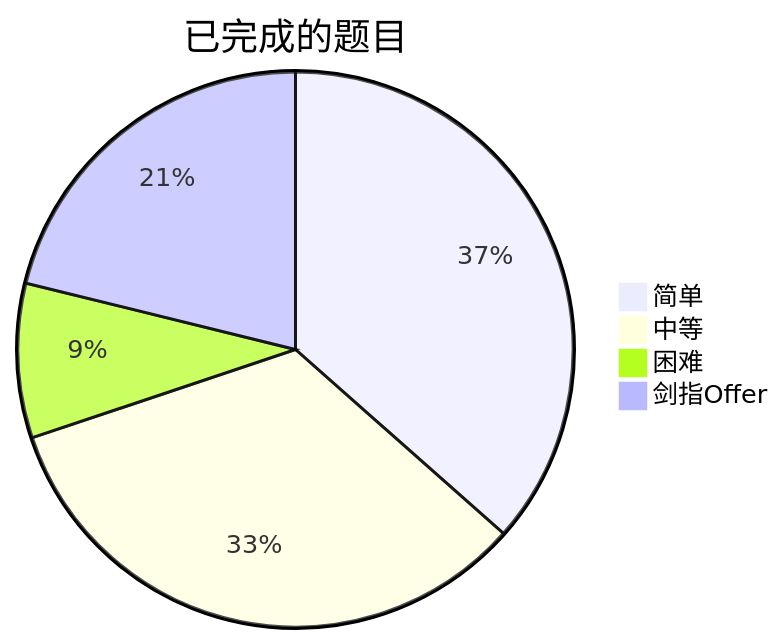
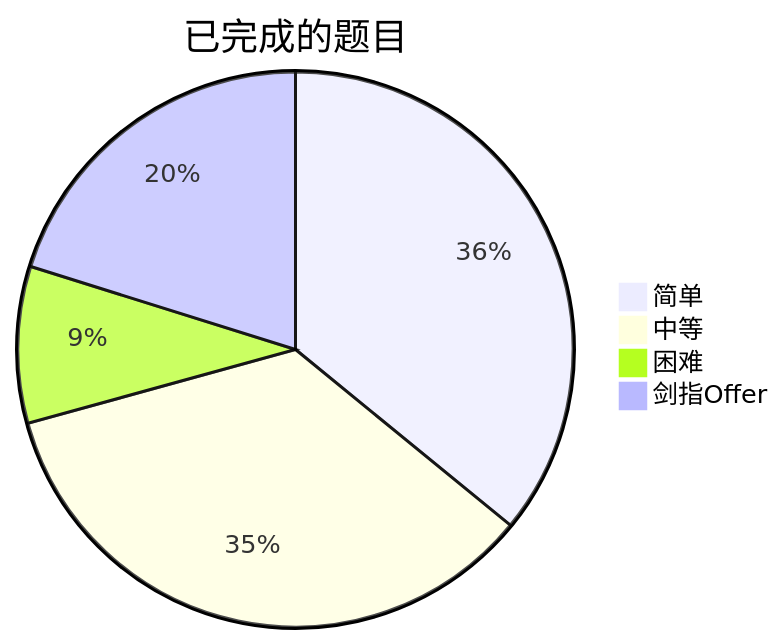
One commit to kaisa911/LeetCode changed the diagram in README.md. Above: the diagram before and after it, drawn with Mermaid. The commit also changed other lines of this file and 20 other files, not shown here.

````diff
--- a/README.md
+++ b/README.md
@@ -9,7 +9,7 @@
 ```mermaid
 pie title 已完成的题目
-    "简单" : 126
-    "中等" : 115
-    "困难" : 31
+    "简单" : 130
+    "中等" : 126
+    "困难" : 33
     "剑指Offer" : 73
 ```
````
